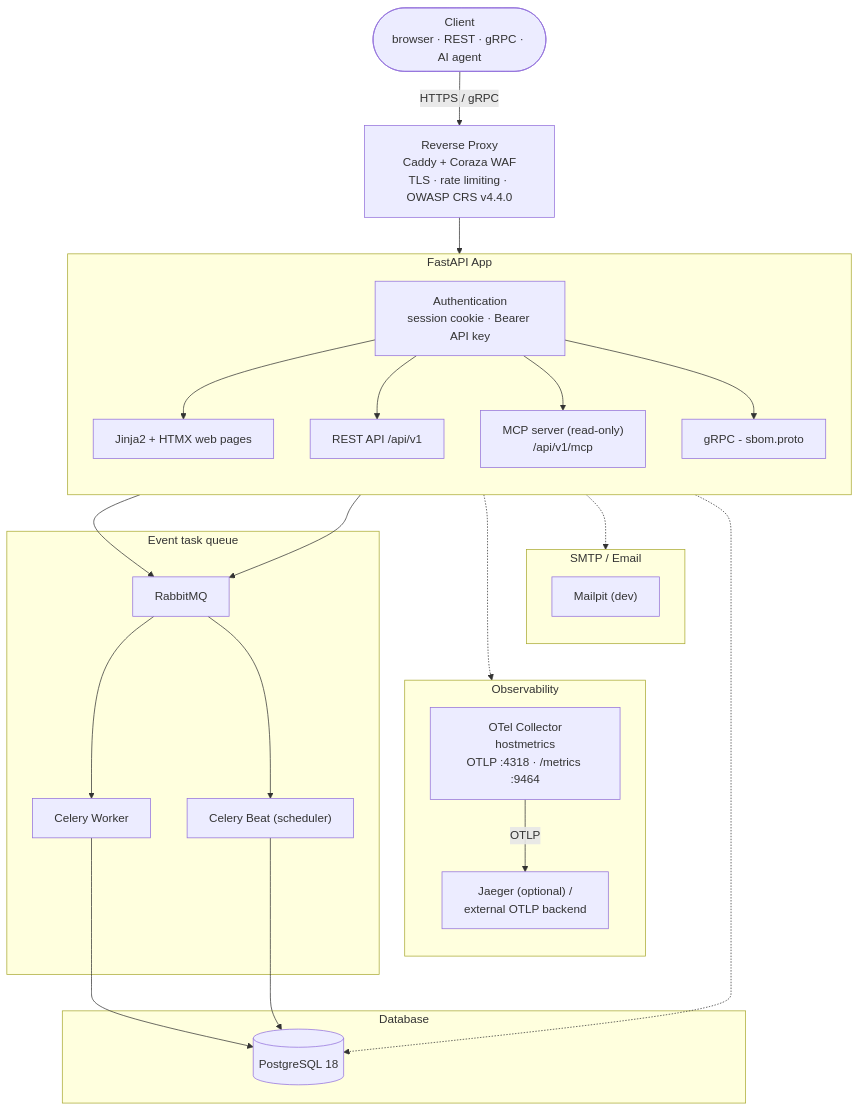
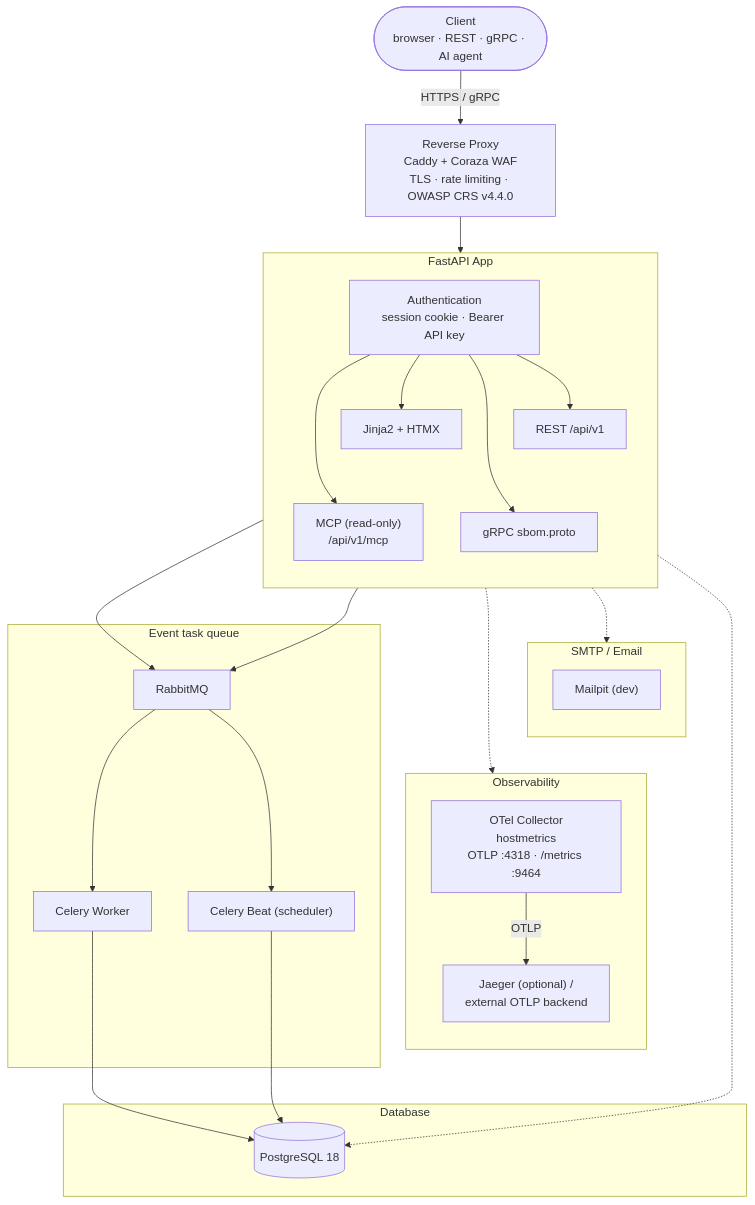
The first of 4 diagrams in docs/development/architecture.md (trottomv/argus-sbomguard), drawn with Mermaid before and after one commit. The commit also changed other lines of this file and 2 other files, not shown here.

Commit message:
docs: improve diagram readability on dark theme
Widen the content grid (80rem) so Mermaid diagrams render larger, wrap the
app surfaces into two rows and shorten labels to narrow the architecture
diagram, and set a light signalColor for sequence-diagram arrows.

````diff
--- a/docs/development/architecture.md
+++ b/docs/development/architecture.md
@@ -27,56 +27,58 @@
 ```mermaid
 flowchart TB
     client(["Client<br/>browser · REST · gRPC · AI agent"])
 
     proxy["Reverse Proxy<br/>Caddy + Coraza WAF<br/>TLS · rate limiting · OWASP CRS v4.4.0"]
 
     subgraph observability["Observability"]
         direction TB
         otel["OTel Collector<br/>hostmetrics<br/>OTLP :4318 · /metrics :9464"]
         jaeger["Jaeger (optional) / <br/>external OTLP backend"]
         otel -->|OTLP| jaeger
     end
 
     subgraph smtp["SMTP / Email"]
         direction TB
         mail["Mailpit (dev)"]
     end
 
     subgraph app["FastAPI App"]
         direction TB
         auth["Authentication<br/>session cookie · Bearer API key"]
-        pages["Jinja2 + HTMX web pages"]
-        rest["REST API /api/v1"]
-        mcp["MCP server (read-only)<br/>/api/v1/mcp"]
-        grpc["gRPC - sbom.proto"]
+        pages["Jinja2 + HTMX"]
+        rest["REST /api/v1"]
+        mcp["MCP (read-only)<br/>/api/v1/mcp"]
+        grpc["gRPC sbom.proto"]
         auth --> pages
         auth --> rest
         auth --> mcp
         auth --> grpc
+        pages ~~~ mcp
+        rest ~~~ grpc
     end
 
     subgraph messaging["Event task queue"]
         mq["RabbitMQ"]
         worker["Celery Worker"]
         beat["Celery Beat (scheduler)"]
         mq --> worker
         mq --> beat
     end
 
     subgraph data["Database"]
         pg[("PostgreSQL 18")]
     end
 
     client -->|"HTTPS / gRPC"| proxy
     proxy --> auth
 
     rest --> mq
     grpc --> mq
     worker --> pg
     beat --> pg
     app -.-> pg
     app -.-> otel
     app -.-> mail
     mail ~~~ otel
 
 ```
````
